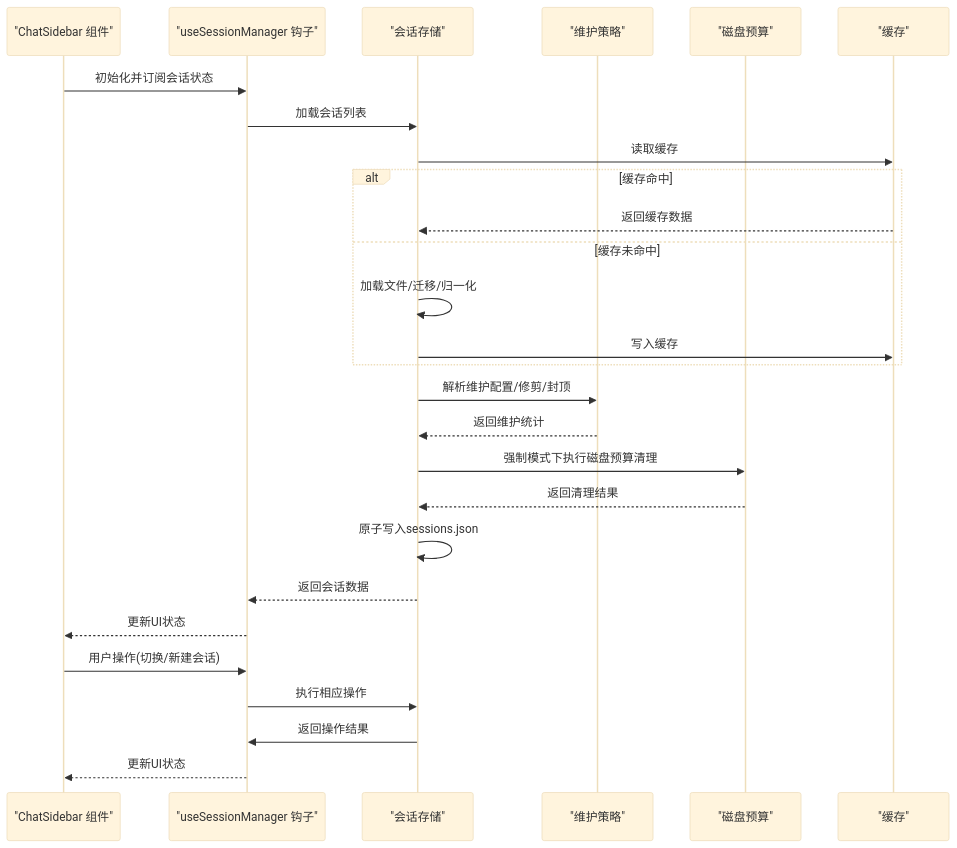
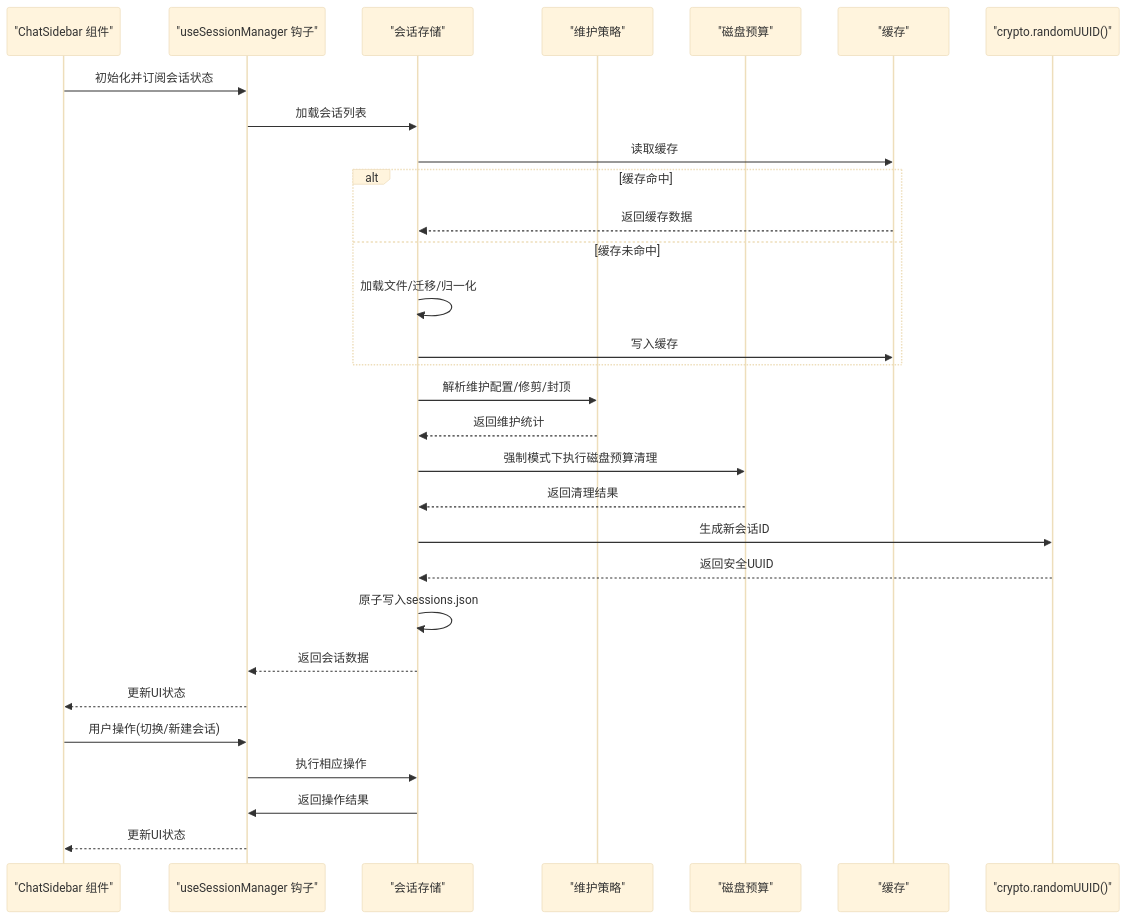
One commit to verse-ai-org/openclaw changed the second of 13 diagrams in .qoder/repowiki/zh/content/核心概念/会话管理.md. Above: the diagram before and after it, drawn with Mermaid (base theme). The commit also changed other lines of this file and 9 other files, not shown here.

````diff
--- a/.qoder/repowiki/zh/content/核心概念/会话管理.md
+++ b/.qoder/repowiki/zh/content/核心概念/会话管理.md
@@ -173,29 +212,32 @@
 ```mermaid
 sequenceDiagram
 participant UI as "ChatSidebar 组件"
 participant Hook as "useSessionManager 钩子"
 participant Store as "会话存储"
 participant Maint as "维护策略"
 participant Disk as "磁盘预算"
 participant Cache as "缓存"
+participant Crypto as "crypto.randomUUID()"
 UI->>Hook : 初始化并订阅会话状态
 Hook->>Store : 加载会话列表
 Store->>Cache : 读取缓存
 alt 缓存命中
 Cache-->>Store : 返回缓存数据
 else 缓存未命中
 Store->>Store : 加载文件/迁移/归一化
 Store->>Cache : 写入缓存
 end
 Store->>Maint : 解析维护配置/修剪/封顶
 Maint-->>Store : 返回维护统计
 Store->>Disk : 强制模式下执行磁盘预算清理
 Disk-->>Store : 返回清理结果
+Store->>Crypto : 生成新会话ID
+Crypto-->>Store : 返回安全UUID
 Store->>Store : 原子写入sessions.json
 Store-->>Hook : 返回会话数据
 Hook-->>UI : 更新UI状态
 UI->>Hook : 用户操作(切换/新建会话)
 Hook->>Store : 执行相应操作
 Store->>Hook : 返回操作结果
 Hook-->>UI : 更新UI状态
 ```
````
